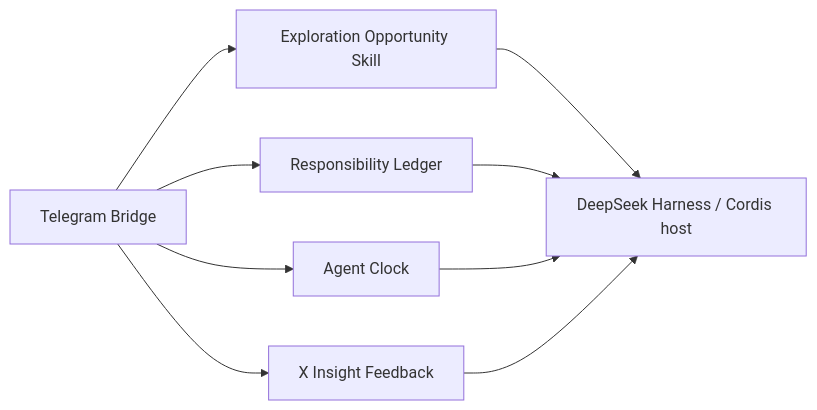
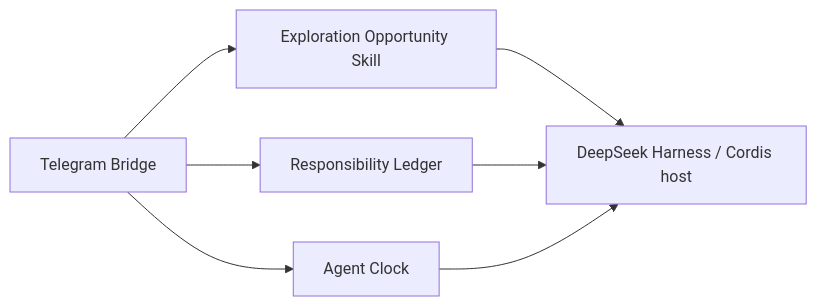
One commit to HYBB-rash/dsh-plugins changed the diagram in README.md. Above: the diagram before and after it, drawn with Mermaid. The commit also changed other lines of this file and 172 other files, not shown here.

````diff
--- a/README.md
+++ b/README.md
@@ -31,11 +30,9 @@
 ```mermaid
 flowchart LR
   TG[Telegram Bridge] --> A[Responsibility Ledger]
   TG --> C[Agent Clock]
-  TG --> X[X Insight Feedback]
   TG --> E[Exploration Opportunity Skill]
   E --> DSH
   A --> DSH[DeepSeek Harness / Cordis host]
   C --> DSH
-  X --> DSH
 ```
````
